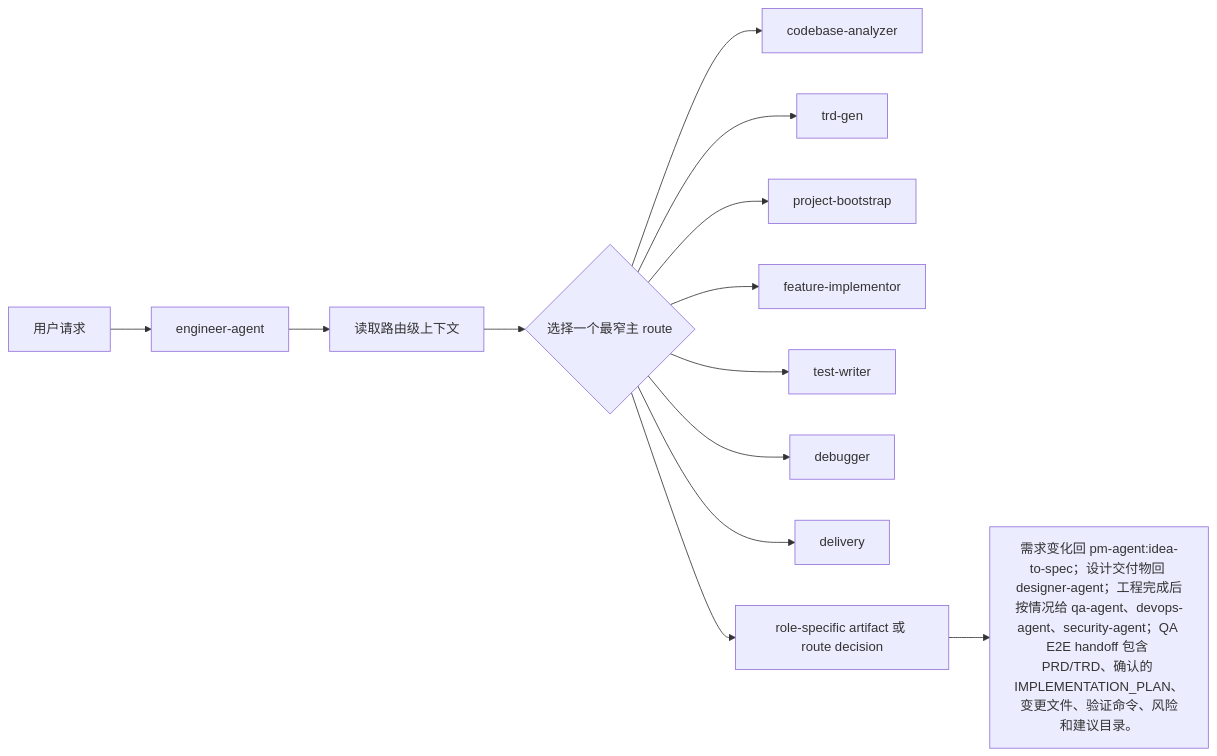
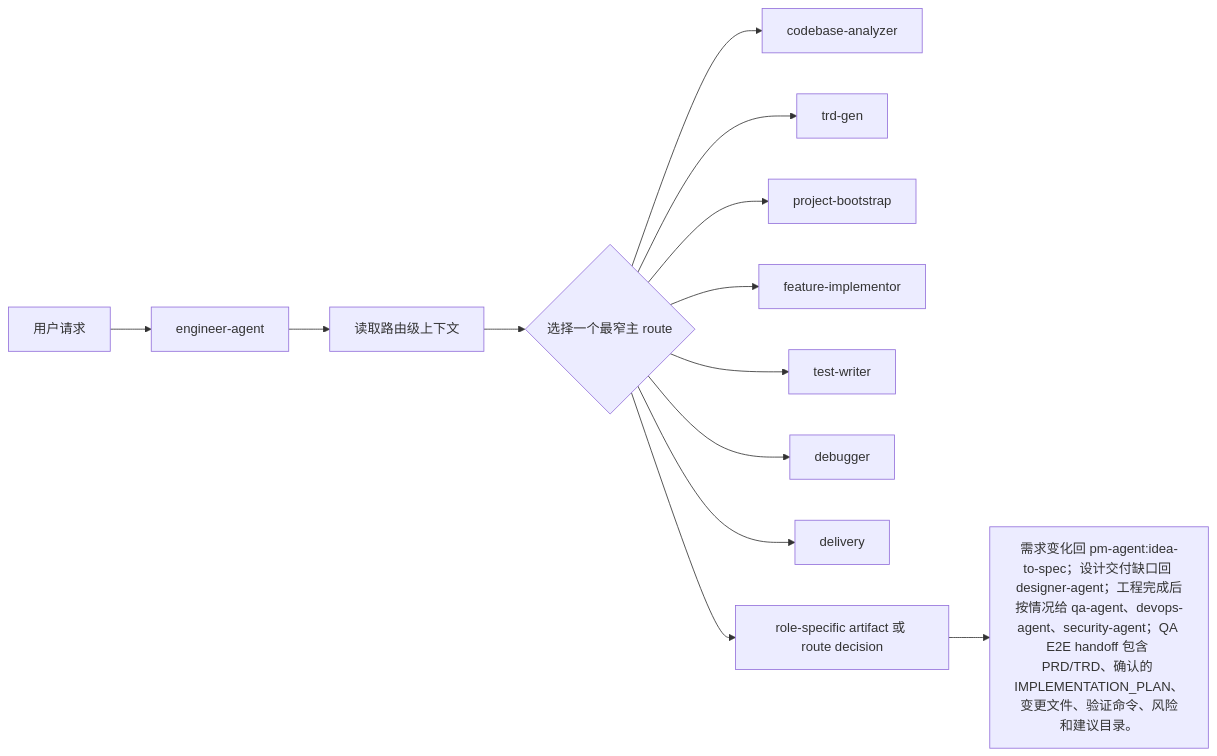
Before and after one commit to Neplich/dev-agent-skills: the diagram in docs/pm/agents/engineer-agent/PRD.md, drawn with Mermaid. The commit also changed other lines of this file and 32 other files, not shown here.

````diff
--- a/docs/pm/agents/engineer-agent/PRD.md
+++ b/docs/pm/agents/engineer-agent/PRD.md
@@ -113,15 +120,15 @@
 ```mermaid
 flowchart LR
     User["用户请求"] --> Entry["engineer-agent"]
     Entry --> Context["读取路由级上下文"]
     Context --> Decision{"选择一个最窄主 route"}
     Decision --> codebase_analyzer["codebase-analyzer"]
     Decision --> trd_gen["trd-gen"]
     Decision --> project_bootstrap["project-bootstrap"]
     Decision --> feature_implementor["feature-implementor"]
     Decision --> test_writer["test-writer"]
     Decision --> debugger["debugger"]
     Decision --> delivery["delivery"]
     Decision --> Output["role-specific artifact 或 route decision"]
-    Output --> Handoff["需求变化回 pm-agent:idea-to-spec；设计交付物回 designer-agent；工程完成后按情况给 qa-agent、devops-agent、security-agent；QA E2E handoff 包含 PRD/TRD、确认的 IMPLEMENTATION_PLAN、变更文件、验证命令、风险和建议目录。"]
+    Output --> Handoff["需求变化回 pm-agent:idea-to-spec；设计交付缺口回 designer-agent；工程完成后按情况给 qa-agent、devops-agent、security-agent；QA E2E handoff 包含 PRD/TRD、确认的 IMPLEMENTATION_PLAN、变更文件、验证命令、风险和建议目录。"]
 ```
````
